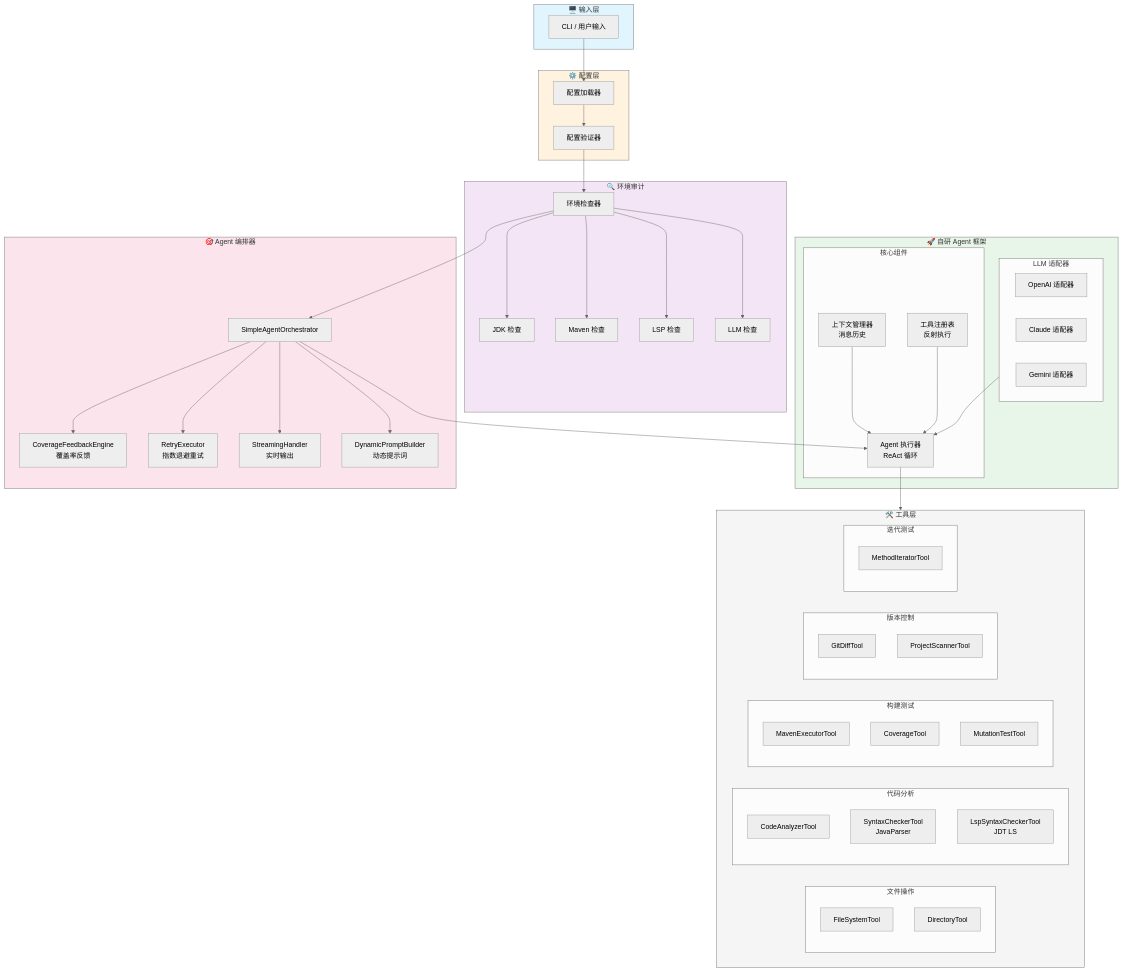
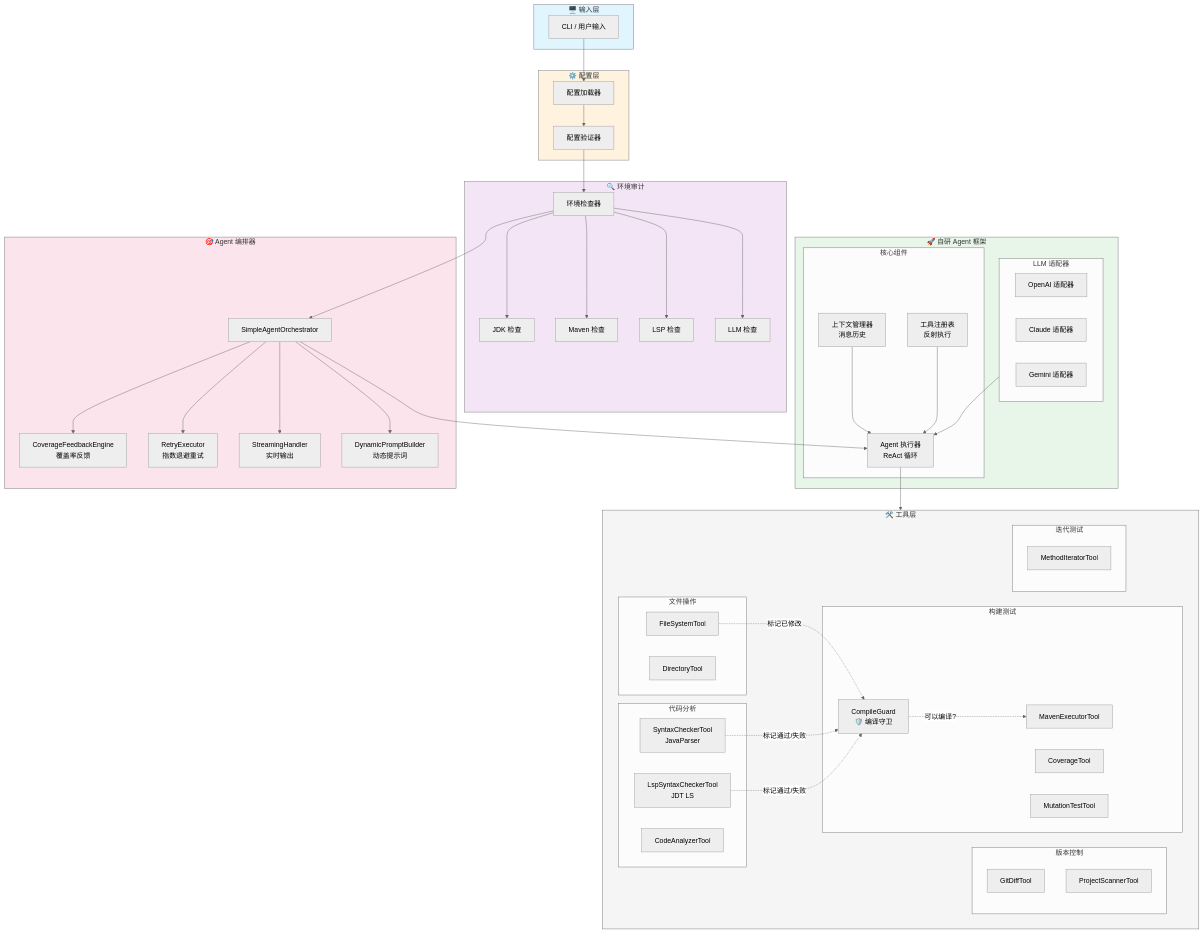
Before and after one commit to codelogickeep/unit-test-agent-4j: the first of 2 diagrams in README_zh.md, drawn with Mermaid (neutral theme). The commit also changed other lines of this file and 10 other files, not shown here.

First line of the commit message:
feat: 添加 CompileGuard 编译守卫机制

```diff
--- a/README_zh.md
+++ b/README_zh.md
@@ -857,6 +877,7 @@
             LSPC[LspSyntaxCheckerTool<br/>JDT LS]
         end
         subgraph BuildTools["构建测试"]
+            CG[CompileGuard<br/>🛡️ 编译守卫]
             ME[MavenExecutorTool]
             COV[CoverageTool]
             MUT[MutationTestTool]
@@ -875,6 +896,11 @@
     EA --> SAO
     SAO --> EXE
     EXE --> Tools
+    
+    FS -.->|标记已修改| CG
+    SC -.->|标记通过/失败| CG
+    LSPC -.->|标记通过/失败| CG
+    CG -.->|可以编译?| ME
 
     style Input fill:#e1f5fe
     style Config fill:#fff3e0
```
